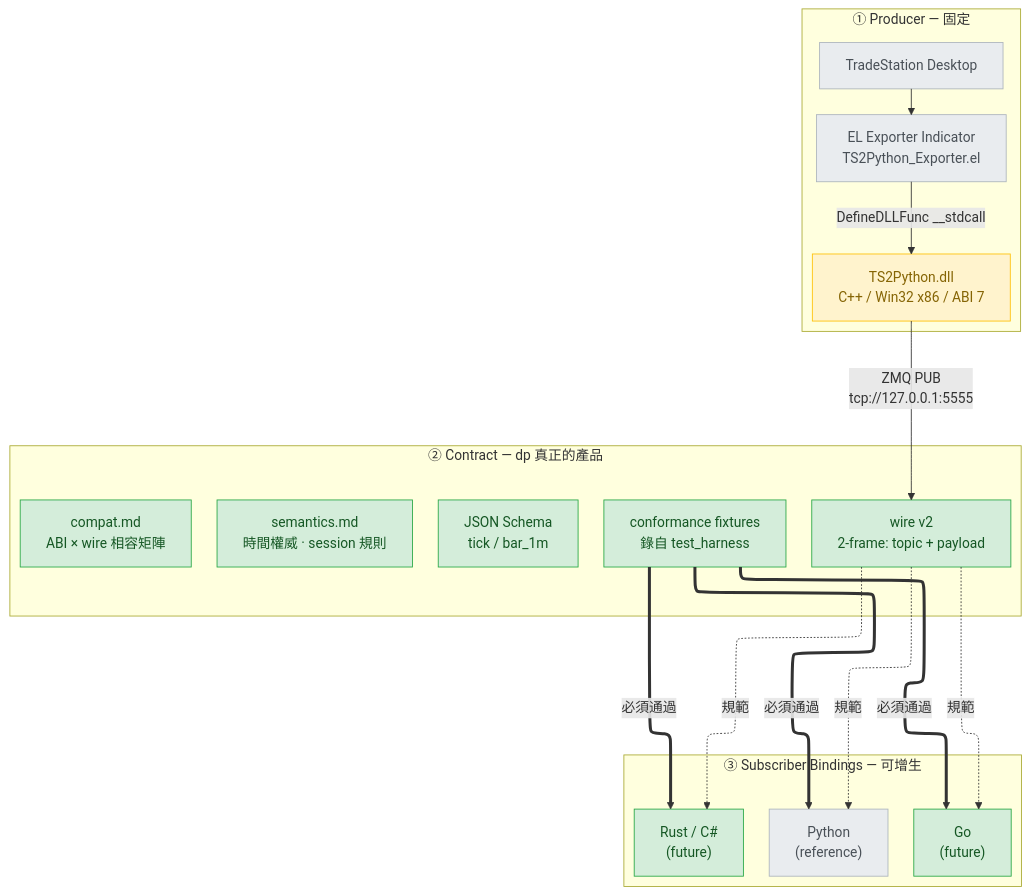
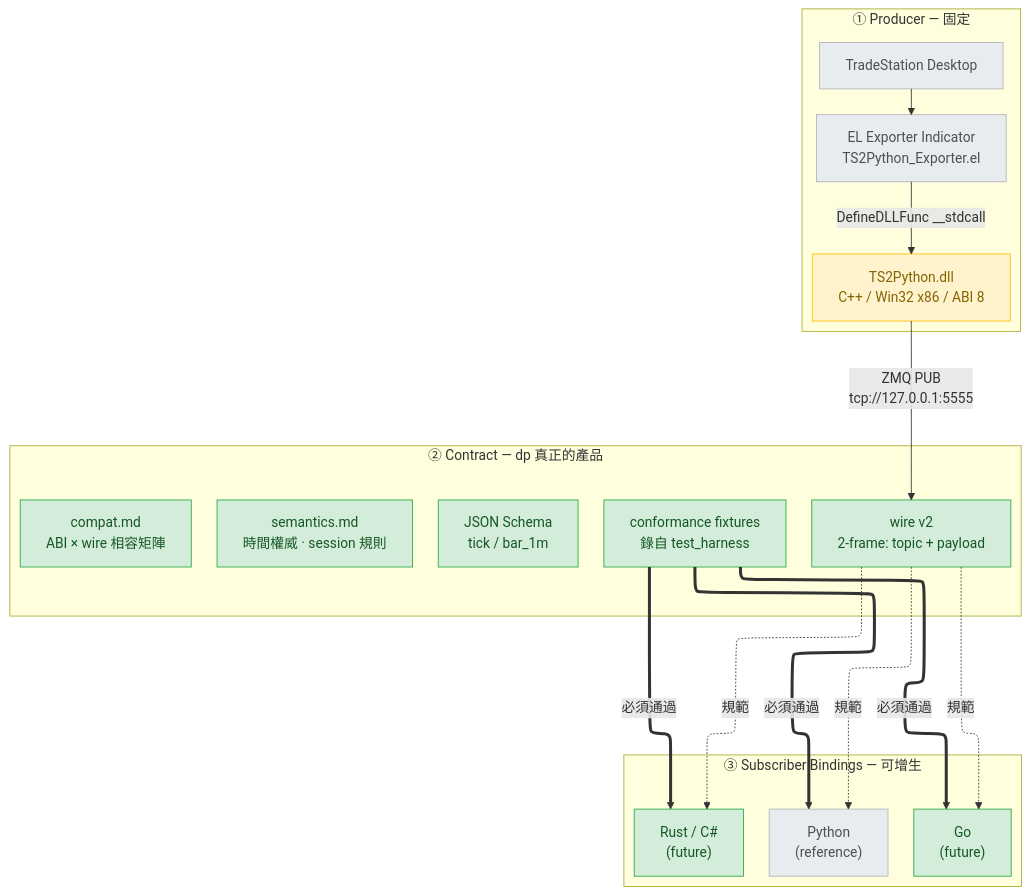
The first of 4 diagrams in docs/architecture.md (millerlai/tradestation-data-provider), drawn with Mermaid before and after one commit. The commit also changed other lines of this file and 62 other files, not shown here.

````diff
--- a/docs/architecture.md
+++ b/docs/architecture.md
@@ -42,47 +42,47 @@
 ```mermaid
 ---
 config:
   flowchart:
     defaultRenderer: elk
 ---
 flowchart TB
     subgraph PROD["① Producer — 固定"]
         direction TB
         TS["TradeStation Desktop"]
         EL["EL Exporter Indicator<br/>TS2Python_Exporter.el"]
-        DLL["TS2Python.dll<br/>C++ / Win32 x86 / ABI 7"]
+        DLL["TS2Python.dll<br/>C++ / Win32 x86 / ABI 8"]
         TS --> EL
         EL -->|"DefineDLLFunc __stdcall"| DLL
     end
 
     subgraph CON["② Contract — dp 真正的產品"]
         direction TB
         WIRE["wire v2<br/>2-frame: topic + payload"]
         SCHEMA["JSON Schema<br/>tick / bar_1m"]
         SEM["semantics.md<br/>時間權威 · session 規則"]
         FIX["conformance fixtures<br/>錄自 test_harness"]
         COMPAT["compat.md<br/>ABI × wire 相容矩陣"]
     end
 
     subgraph BIND["③ Subscriber Bindings — 可增生"]
         direction LR
         PY["Python<br/>(reference)"]
         GO["Go<br/>(future)"]
         RS["Rust / C#<br/>(future)"]
     end
 
     DLL -->|"ZMQ PUB<br/>tcp://127.0.0.1:5555"| WIRE
     WIRE -.->|規範| PY
     WIRE -.->|規範| GO
     WIRE -.->|規範| RS
     FIX ==>|必須通過| PY
     FIX ==>|必須通過| GO
     FIX ==>|必須通過| RS
 
     classDef existing fill:#e9ecef,stroke:#adb5bd,color:#495057
     classDef added fill:#d4edda,stroke:#28a745,color:#155724
     classDef modified fill:#fff3cd,stroke:#ffc107,color:#856404
     class TS,EL,PY existing
     class DLL modified
     class WIRE,SCHEMA,SEM,FIX,COMPAT,GO,RS added
 ```
````
